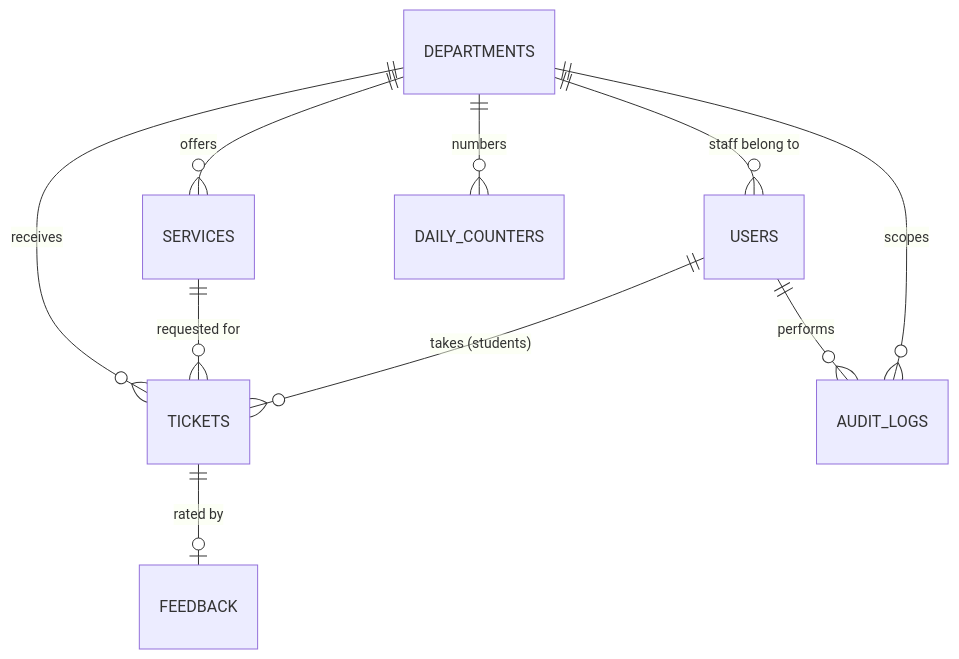
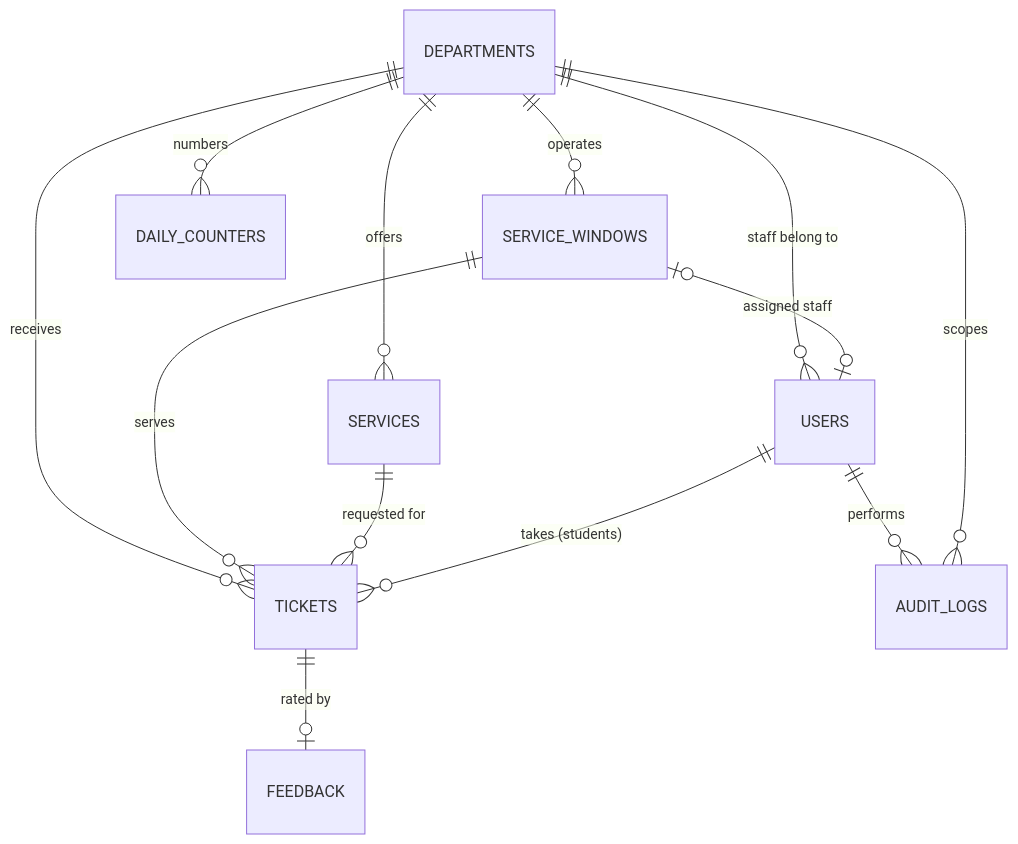
The diagram in docs/04-database-schema.md (carilloandrei9264/university-queue-system), drawn with Mermaid before and after one commit. The commit also changed other lines of this file and 33 other files, not shown here.

````diff
--- a/docs/04-database-schema.md
+++ b/docs/04-database-schema.md
@@ -15,12 +15,15 @@
 ```mermaid
 erDiagram
   DEPARTMENTS ||--o{ SERVICES : offers
+  DEPARTMENTS ||--o{ SERVICE_WINDOWS : operates
   DEPARTMENTS ||--o{ USERS : "staff belong to"
   DEPARTMENTS ||--o{ TICKETS : receives
+  SERVICE_WINDOWS o|--o| USERS : "assigned staff"
+  SERVICE_WINDOWS ||--o{ TICKETS : serves
   DEPARTMENTS ||--o{ DAILY_COUNTERS : numbers
   SERVICES ||--o{ TICKETS : "requested for"
   USERS ||--o{ TICKETS : "takes (students)"
   USERS ||--o{ AUDIT_LOGS : "performs"
   DEPARTMENTS ||--o{ AUDIT_LOGS : "scopes"
   TICKETS ||--o| FEEDBACK : "rated by"
 ```
````
